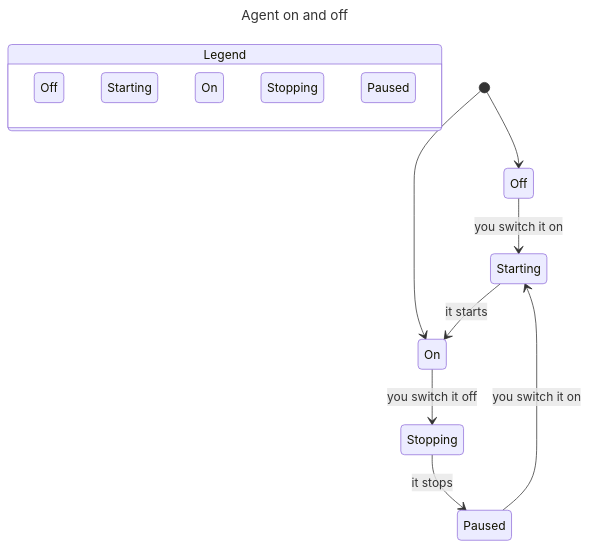
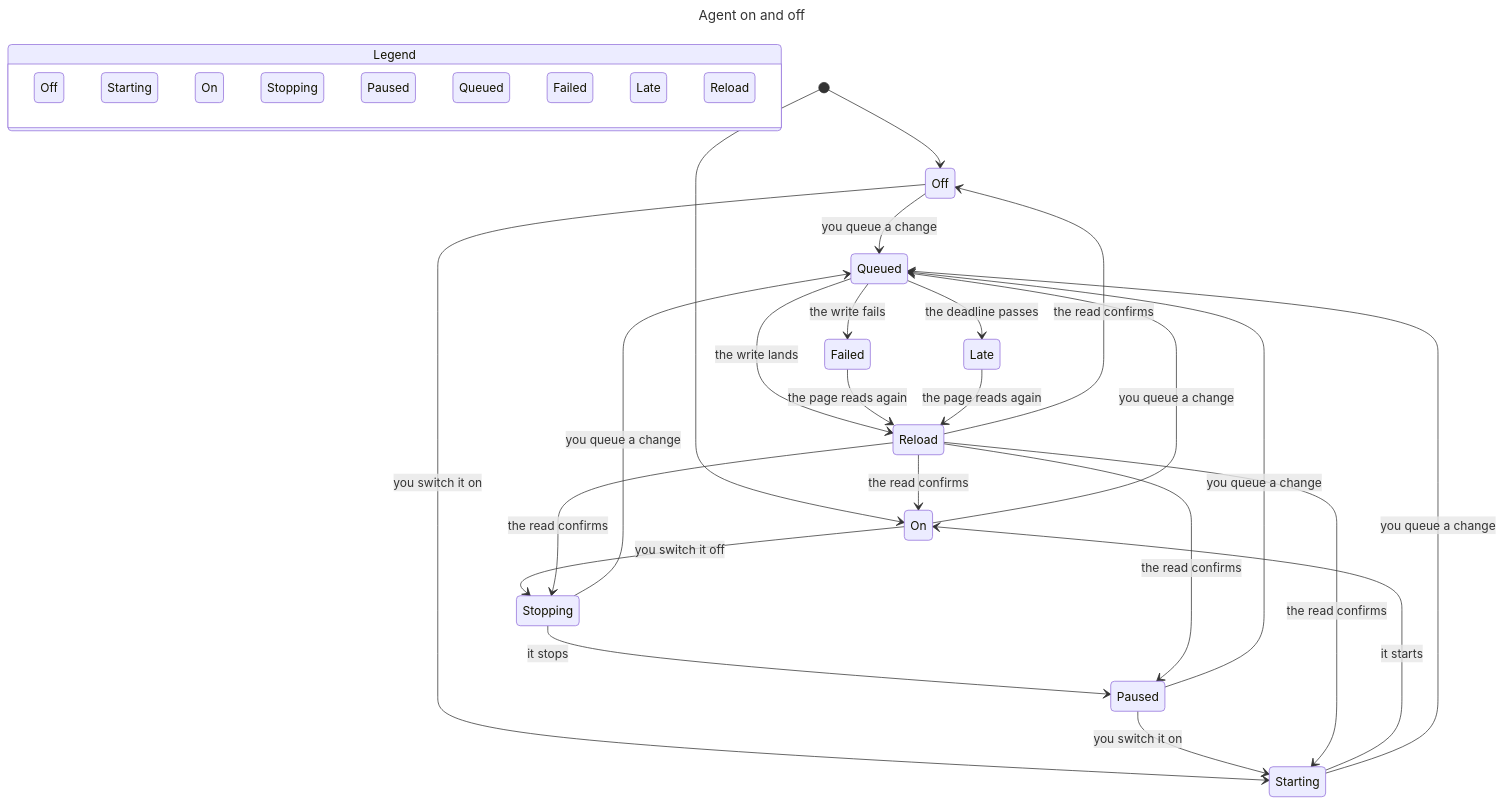
The diagram in packages/statecharts/agent-onoff/chart.mmd (moeghashim/tensquads), drawn with Mermaid before and after one commit. The commit also changed 14 other files, not shown here.

First line of the commit message:
Keep each agent write inside one deadline and the kernel.

```diff
--- a/packages/statecharts/agent-onoff/chart.mmd
+++ b/packages/statecharts/agent-onoff/chart.mmd
@@ -1,33 +1,64 @@
 ---
 title: "Agent on and off"
 ---
 stateDiagram-v2
   state "Legend" as legend {
     lg0: Off
     lg1: Starting
     lg2: On
     lg3: Stopping
     lg4: Paused
+    lg5: Queued
+    lg6: Failed
+    lg7: Late
+    lg8: Reload
   }
   class lg0 tan
   class lg1 orange
   class lg2 teal
   class lg3 yellow
   class lg4 blue
+  class lg5 purple
+  class lg6 pink
+  class lg7 orange
+  class lg8 yellow
   s0: Off
   s1: On
-  s2: Starting
-  s3: Stopping
-  s4: Paused
+  s2: Queued
+  s3: Starting
+  s4: Stopping
+  s5: Failed
+  s6: Late
+  s7: Reload
+  s8: Paused
   [*] --> s0
   [*] --> s1
-  s0 --> s2: you switch it on
-  s1 --> s3: you switch it off
-  s2 --> s1: it starts
-  s3 --> s4: it stops
-  s4 --> s2: you switch it on
+  s0 --> s2: you queue a change
+  s0 --> s3: you switch it on
+  s1 --> s2: you queue a change
+  s1 --> s4: you switch it off
+  s2 --> s5: the write fails
+  s2 --> s6: the deadline passes
+  s2 --> s7: the write lands
+  s3 --> s1: it starts
+  s3 --> s2: you queue a change
+  s4 --> s8: it stops
+  s4 --> s2: you queue a change
+  s5 --> s7: the page reads again
+  s6 --> s7: the page reads again
+  s7 --> s0: the read confirms
+  s7 --> s1: the read confirms
+  s8 --> s2: you queue a change
+  s8 --> s3: you switch it on
+  s7 --> s3: the read confirms
+  s7 --> s4: the read confirms
+  s7 --> s8: the read confirms
   class s0 tan
   class s1 teal
-  class s2 orange
-  class s3 yellow
-  class s4 blue
+  class s2 purple
+  class s3 orange
+  class s4 yellow
+  class s5 pink
+  class s6 orange
+  class s7 yellow
+  class s8 blue
```
